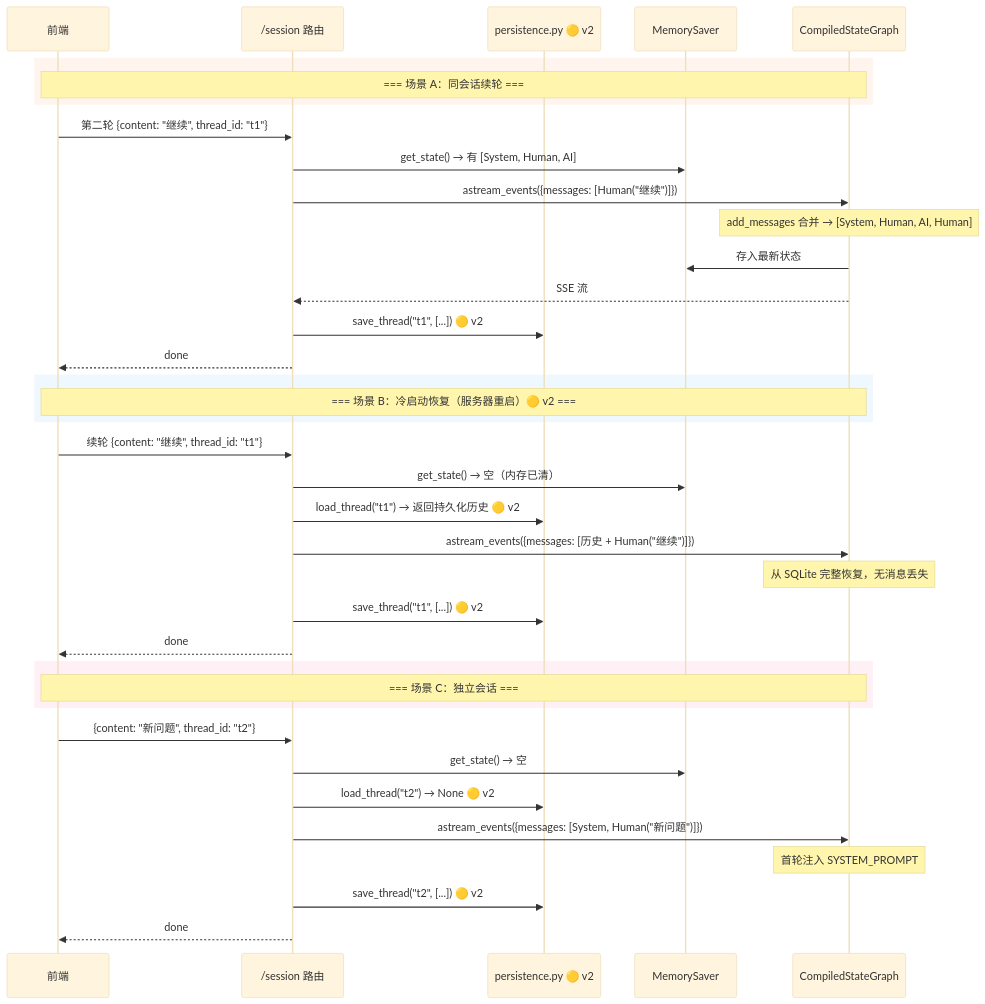
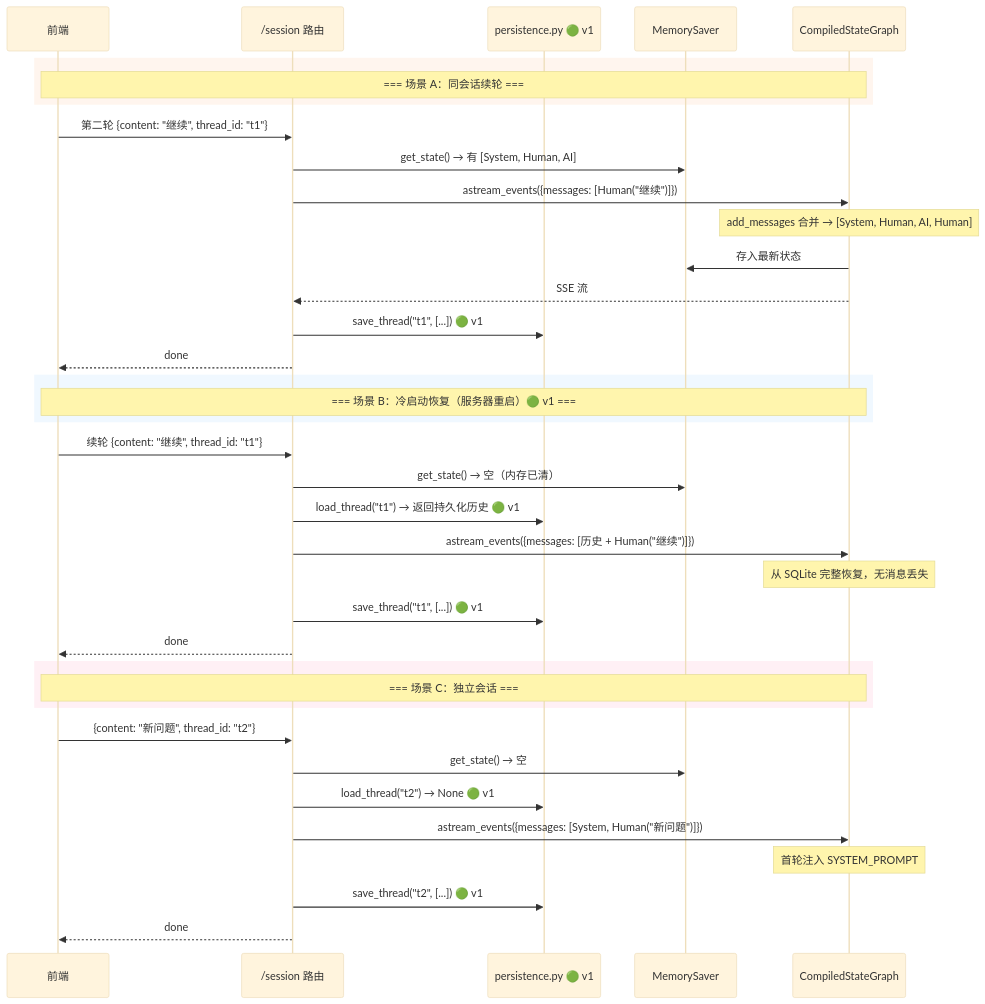
The fifth of 10 diagrams in docs/agent-architecture-diagrams.md (wuLa0702/llm_wiki_selfbuild), drawn with Mermaid (base theme) before and after one commit. The commit also changed other lines of this file, not shown here.

First line of the commit message:
docs(agent): 更新架构图——添加 approve 节点 (Human-in-the-Loop)

````diff
--- a/docs/agent-architecture-diagrams.md
+++ b/docs/agent-architecture-diagrams.md
@@ -180,42 +236,42 @@
 ```mermaid
 sequenceDiagram
     participant Client as 前端
     participant Route as /session 路由
-    participant Persist as persistence.py 🟡 v2
+    participant Persist as persistence.py 🟢 v1
     participant Mem as MemorySaver
     participant Graph as CompiledStateGraph
 
     rect rgb(255, 245, 238)
         Note over Client,Graph: === 场景 A：同会话续轮 ===
     end
     Client->>Route: 第二轮 {content: "继续", thread_id: "t1"}
     Route->>Mem: get_state() → 有 [System, Human, AI]
     Route->>Graph: astream_events({messages: [Human("继续")]})
     Note over Graph: add_messages 合并 → [System, Human, AI, Human]
     Graph->>Mem: 存入最新状态
     Graph-->>Route: SSE 流
-    Route->>Persist: save_thread("t1", [...]) 🟡 v2
+    Route->>Persist: save_thread("t1", [...]) 🟢 v1
     Route-->>Client: done
 
     rect rgb(240, 248, 255)
-        Note over Client,Graph: === 场景 B：冷启动恢复（服务器重启）🟡 v2 ===
+        Note over Client,Graph: === 场景 B：冷启动恢复（服务器重启）🟢 v1 ===
     end
     Client->>Route: 续轮 {content: "继续", thread_id: "t1"}
     Route->>Mem: get_state() → 空（内存已清）
-    Route->>Persist: load_thread("t1") → 返回持久化历史 🟡 v2
+    Route->>Persist: load_thread("t1") → 返回持久化历史 🟢 v1
     Route->>Graph: astream_events({messages: [历史 + Human("继续")]})
     Note over Graph: 从 SQLite 完整恢复，无消息丢失
-    Route->>Persist: save_thread("t1", [...]) 🟡 v2
+    Route->>Persist: save_thread("t1", [...]) 🟢 v1
     Route-->>Client: done
 
     rect rgb(255, 240, 245)
         Note over Client,Graph: === 场景 C：独立会话 ===
     end
     Client->>Route: {content: "新问题", thread_id: "t2"}
     Route->>Mem: get_state() → 空
-    Route->>Persist: load_thread("t2") → None 🟡 v2
+    Route->>Persist: load_thread("t2") → None 🟢 v1
     Route->>Graph: astream_events({messages: [System, Human("新问题")]})
     Note over Graph: 首轮注入 SYSTEM_PROMPT
-    Route->>Persist: save_thread("t2", [...]) 🟡 v2
+    Route->>Persist: save_thread("t2", [...]) 🟢 v1
     Route-->>Client: done
 ```
````
